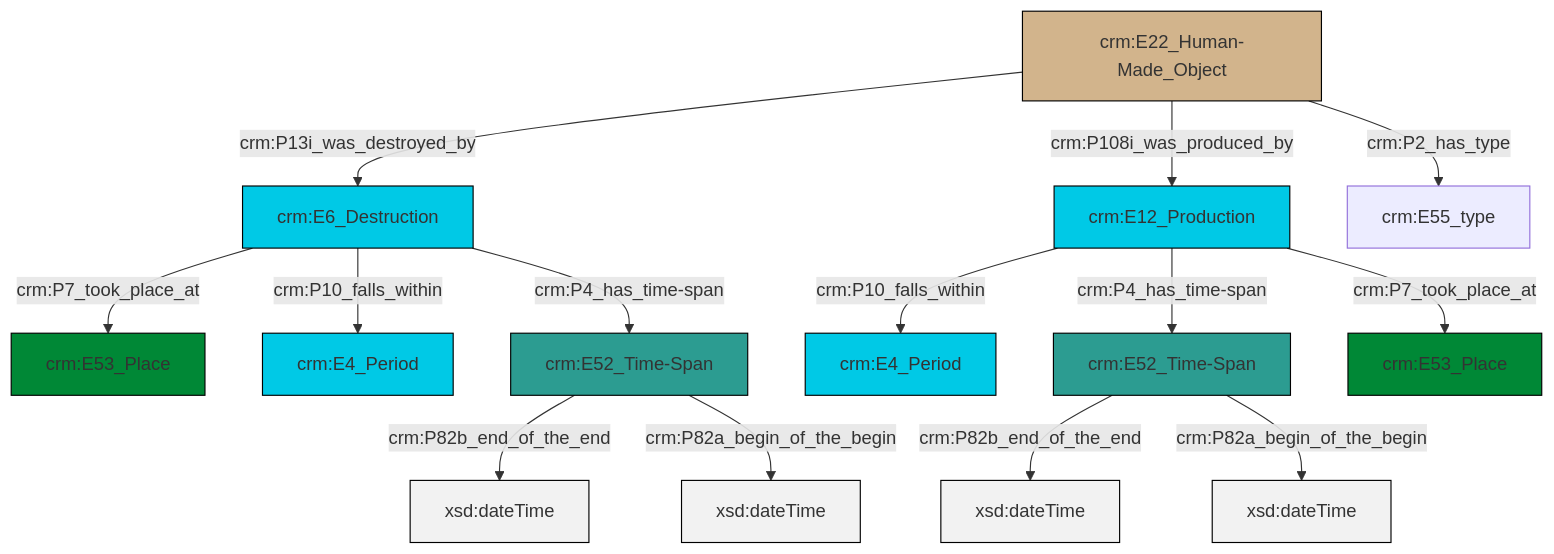
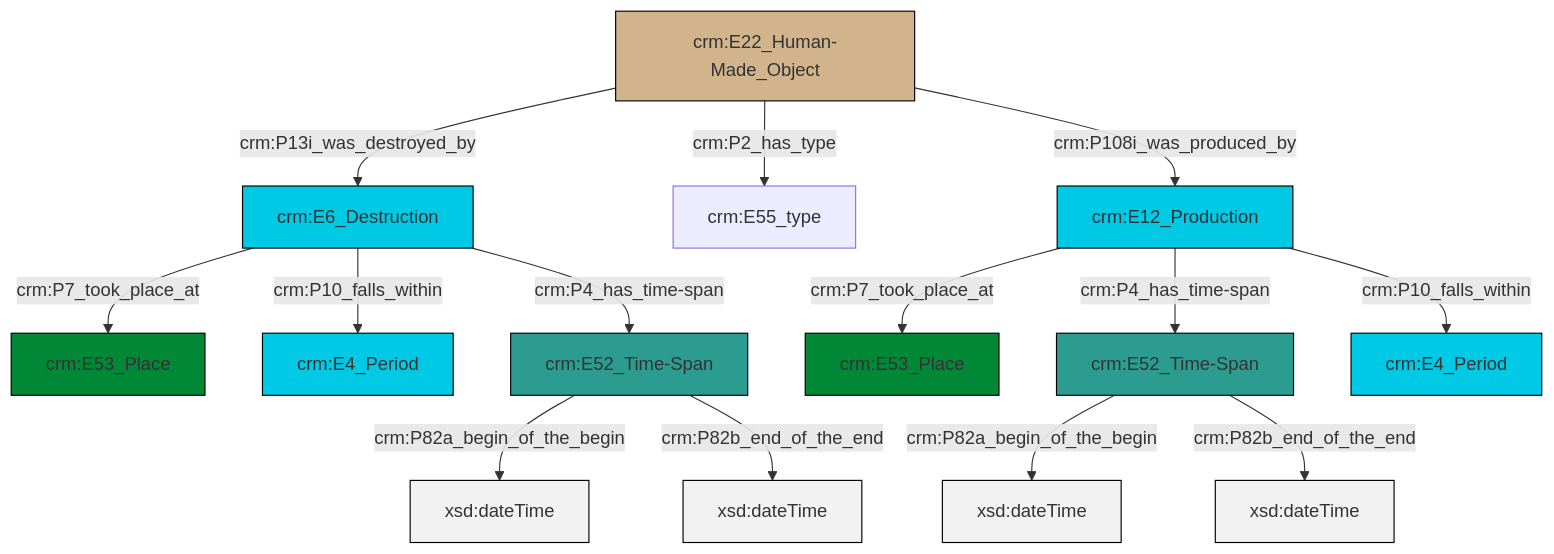
One commit to swiss-art-research-net/reference-data-models changed the diagram in et/artworkCSV/ttl/mmd/Artwork_Existence.ttl.mmd. Above: the diagram before and after it, drawn with Mermaid. The commit also changed 126 other files, not shown here.

```diff
--- a/et/artworkCSV/ttl/mmd/Artwork_Existence.ttl.mmd
+++ b/et/artworkCSV/ttl/mmd/Artwork_Existence.ttl.mmd
@@ -1,28 +1,28 @@
 graph TD
 classDef Literal fill:#f2f2f2,stroke:#000000;
 classDef CRM_Entity fill:#FFFFFF,stroke:#000000;
 classDef Temporal_Entity fill:#00C9E6, stroke:#000000;
 classDef Type fill:#E18312, stroke:#000000;
 classDef Time-Span fill:#2C9C91, stroke:#000000;
 classDef Appellation fill:#FFEB7F, stroke:#000000;
 classDef Place fill:#008836, stroke:#000000;
 classDef Persistent_Item fill:#B266B2, stroke:#000000;
 classDef Conceptual_Object fill:#FFD700, stroke:#000000;
 classDef Physical_Thing fill:#D2B48C, stroke:#000000;
 classDef Actor fill:#f58aad, stroke:#000000;
 classDef PC_Classes fill:#4ce600, stroke:#000000;
 classDef Multi fill:#cccccc,stroke:#000000;
 
-6["crm:E52_Time-Span"]:::Time-Span -->|crm:P82b_end_of_the_end| 7[xsd:dateTime]:::Literal
-10["crm:E6_Destruction"]:::Temporal_Entity -->|crm:P7_took_place_at| 0["crm:E53_Place"]:::Place
-2["crm:E12_Production"]:::Temporal_Entity -->|crm:P10_falls_within| 11["crm:E4_Period"]:::Temporal_Entity
-10["crm:E6_Destruction"]:::Temporal_Entity -->|crm:P10_falls_within| 12["crm:E4_Period"]:::Temporal_Entity
-2["crm:E12_Production"]:::Temporal_Entity -->|crm:P4_has_time-span| 6["crm:E52_Time-Span"]:::Time-Span
-2["crm:E12_Production"]:::Temporal_Entity -->|crm:P7_took_place_at| 8["crm:E53_Place"]:::Place
-15["crm:E52_Time-Span"]:::Time-Span -->|crm:P82b_end_of_the_end| 21[xsd:dateTime]:::Literal
-19["crm:E22_Human-Made_Object"]:::Physical_Thing -->|crm:P13i_was_destroyed_by| 10["crm:E6_Destruction"]:::Temporal_Entity
-10["crm:E6_Destruction"]:::Temporal_Entity -->|crm:P4_has_time-span| 15["crm:E52_Time-Span"]:::Time-Span
-6["crm:E52_Time-Span"]:::Time-Span -->|crm:P82a_begin_of_the_begin| 22[xsd:dateTime]:::Literal
-19["crm:E22_Human-Made_Object"]:::Physical_Thing -->|crm:P108i_was_produced_by| 2["crm:E12_Production"]:::Temporal_Entity
-19["crm:E22_Human-Made_Object"]:::Physical_Thing -->|crm:P2_has_type| 4["crm:E55_type"]:::Default
-15["crm:E52_Time-Span"]:::Time-Span -->|crm:P82a_begin_of_the_begin| 23[xsd:dateTime]:::Literal
+0["crm:E22_Human-Made_Object"]:::Physical_Thing -->|crm:P13i_was_destroyed_by| 6["crm:E6_Destruction"]:::Temporal_Entity
+7["crm:E12_Production"]:::Temporal_Entity -->|crm:P7_took_place_at| 4["crm:E53_Place"]:::Place
+9["crm:E52_Time-Span"]:::Time-Span -->|crm:P82a_begin_of_the_begin| 10[xsd:dateTime]:::Literal
+6["crm:E6_Destruction"]:::Temporal_Entity -->|crm:P7_took_place_at| 15["crm:E53_Place"]:::Place
+7["crm:E12_Production"]:::Temporal_Entity -->|crm:P4_has_time-span| 2["crm:E52_Time-Span"]:::Time-Span
+2["crm:E52_Time-Span"]:::Time-Span -->|crm:P82a_begin_of_the_begin| 17[xsd:dateTime]:::Literal
+6["crm:E6_Destruction"]:::Temporal_Entity -->|crm:P10_falls_within| 13["crm:E4_Period"]:::Temporal_Entity
+9["crm:E52_Time-Span"]:::Time-Span -->|crm:P82b_end_of_the_end| 19[xsd:dateTime]:::Literal
+6["crm:E6_Destruction"]:::Temporal_Entity -->|crm:P4_has_time-span| 9["crm:E52_Time-Span"]:::Time-Span
+2["crm:E52_Time-Span"]:::Time-Span -->|crm:P82b_end_of_the_end| 20[xsd:dateTime]:::Literal
+0["crm:E22_Human-Made_Object"]:::Physical_Thing -->|crm:P2_has_type| 21["crm:E55_type"]:::Default
+0["crm:E22_Human-Made_Object"]:::Physical_Thing -->|crm:P108i_was_produced_by| 7["crm:E12_Production"]:::Temporal_Entity
+7["crm:E12_Production"]:::Temporal_Entity -->|crm:P10_falls_within| 11["crm:E4_Period"]:::Temporal_Entity
```
